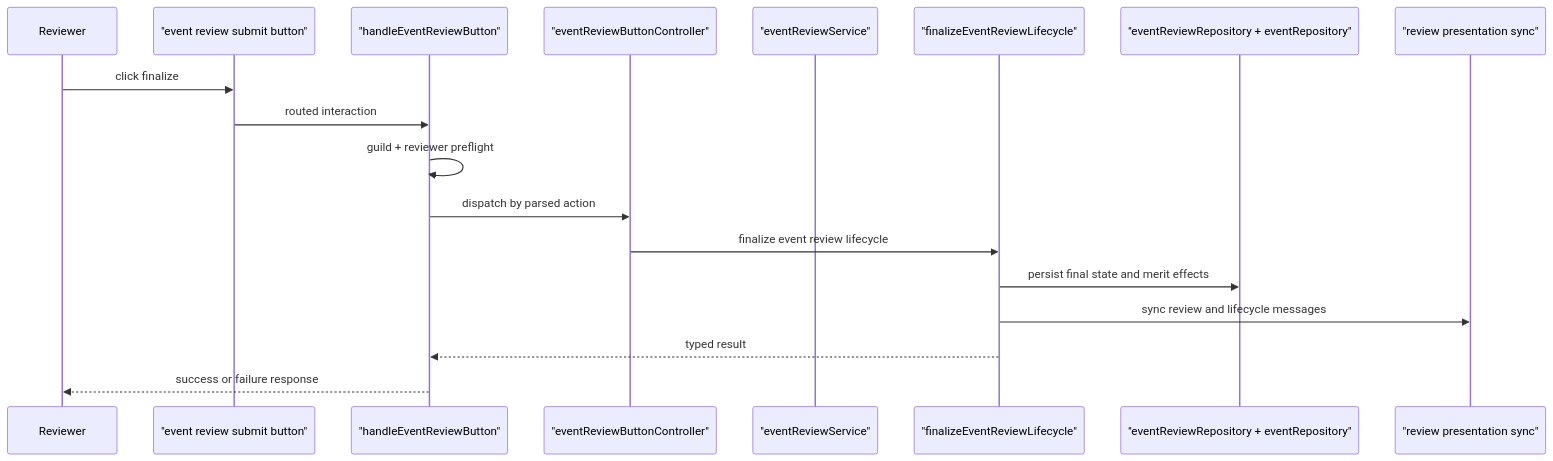
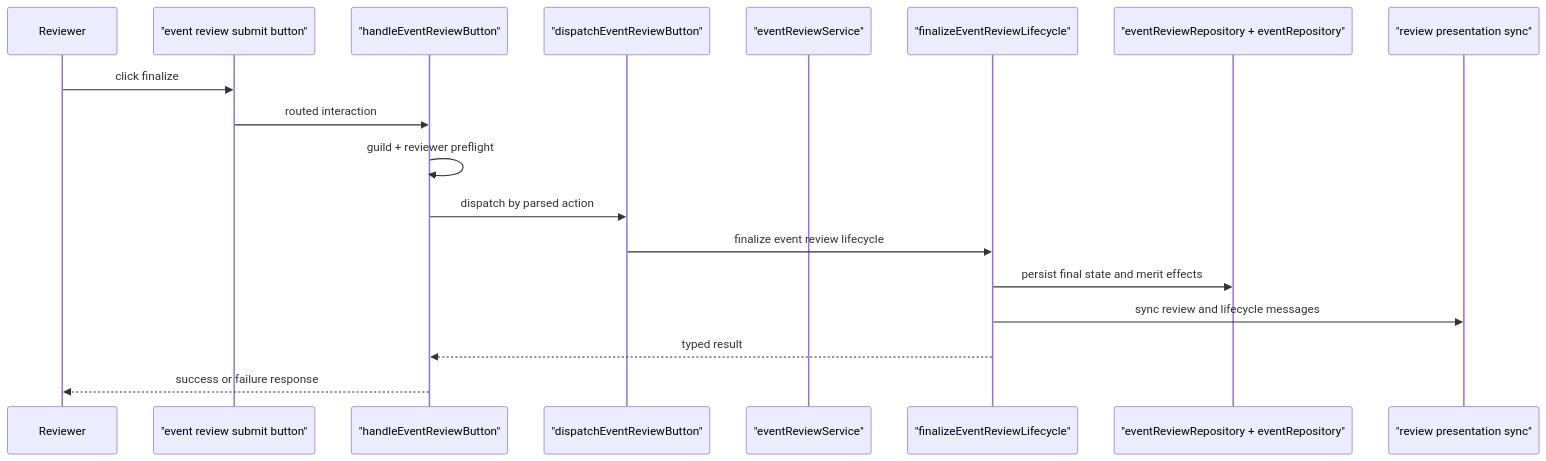
Before and after one commit to EvenLegion/Arbiter: the diagram in website/docs/features/event-review-and-finalization.md, drawn with Mermaid. The commit also changed other lines of this file and 53 other files, not shown here.

````diff
--- a/website/docs/features/event-review-and-finalization.md
+++ b/website/docs/features/event-review-and-finalization.md
@@ -59,21 +59,21 @@
 ```mermaid
 sequenceDiagram
     participant Reviewer
     participant Button as "event review submit button"
     participant Handler as "handleEventReviewButton"
-    participant Controller as "eventReviewButtonController"
+    participant Controller as "dispatchEventReviewButton"
     participant ReviewSvc as "eventReviewService"
     participant Lifecycle as "finalizeEventReviewLifecycle"
     participant Repo as "eventReviewRepository + eventRepository"
     participant Presentation as "review presentation sync"
 
     Reviewer->>Button: click finalize
     Button->>Handler: routed interaction
     Handler->>Handler: guild + reviewer preflight
     Handler->>Controller: dispatch by parsed action
     Controller->>Lifecycle: finalize event review lifecycle
     Lifecycle->>Repo: persist final state and merit effects
     Lifecycle->>Presentation: sync review and lifecycle messages
     Lifecycle-->>Handler: typed result
     Handler-->>Reviewer: success or failure response
 ```
````
